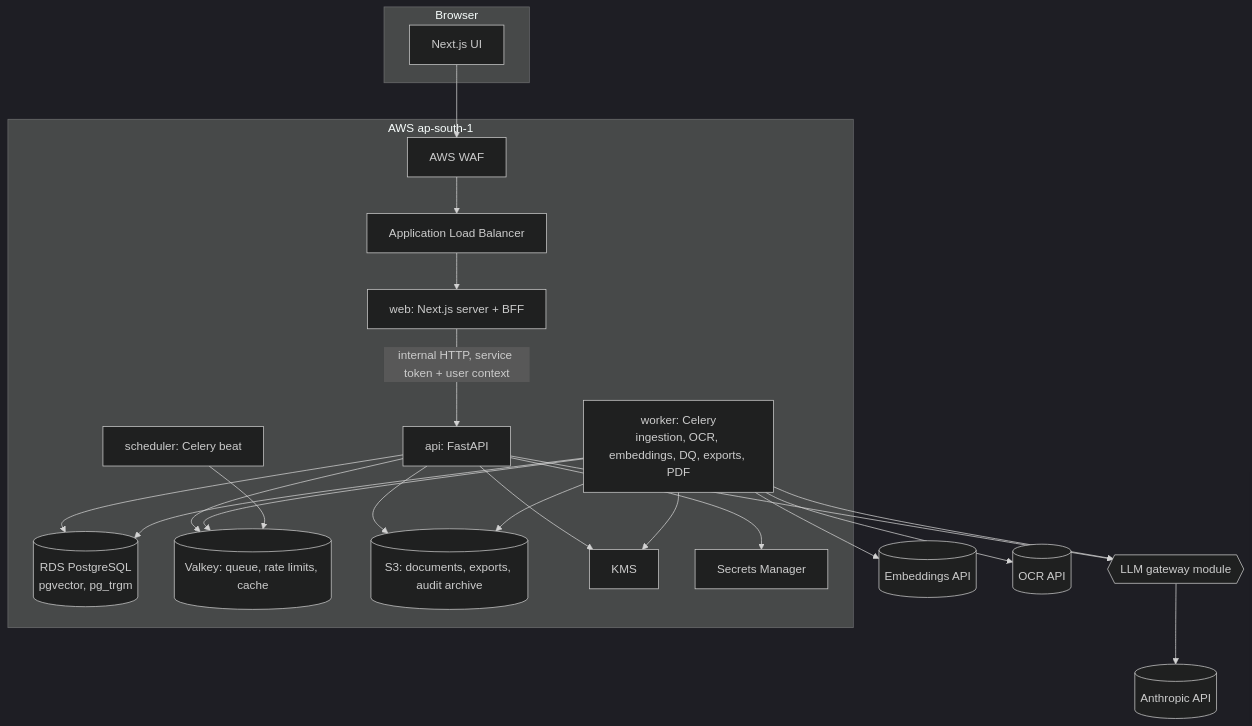
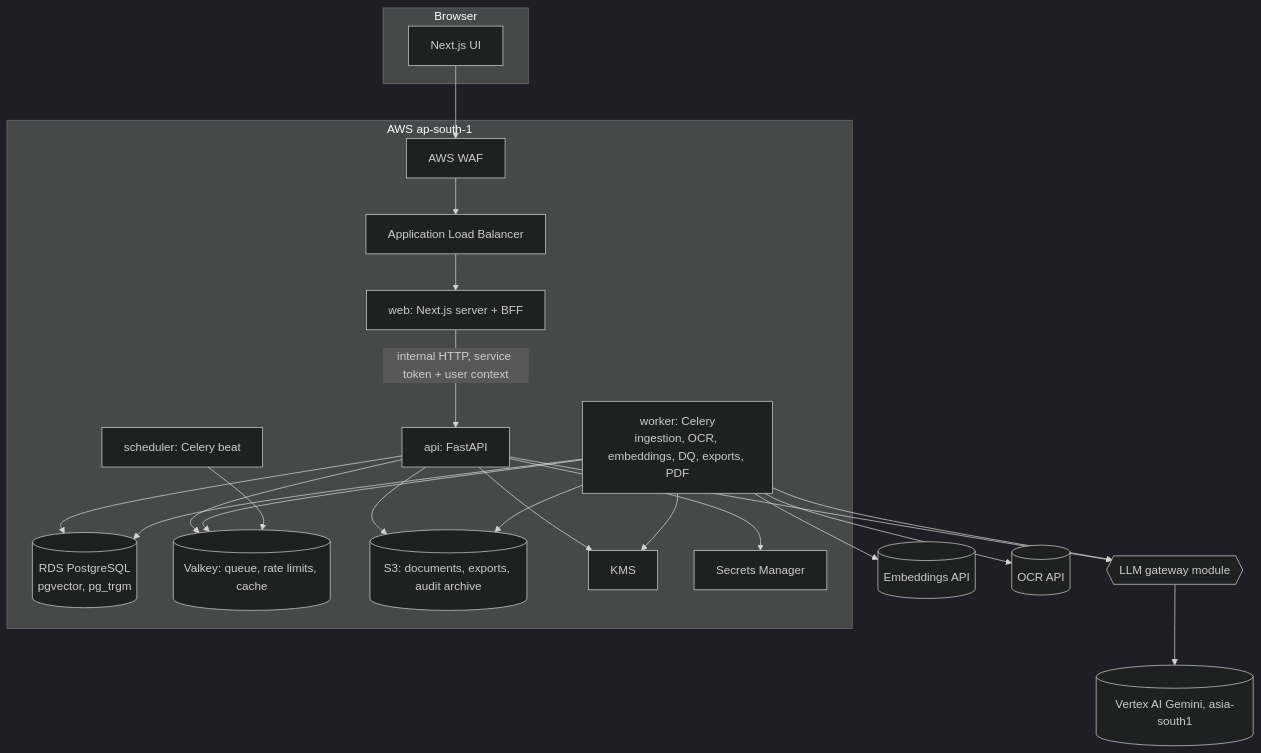
Before and after one commit to bb3agency/school-os: the second of 7 diagrams in docs/04-system-architecture.md, drawn with Mermaid (dark theme). The commit also changed other lines of this file and 13 other files, not shown here.

First line of the commit message:
docs(adr): ADR-0033 Gemini on Vertex AI for every LLM role; CLAUDE.md and docs updated

````diff
--- a/docs/04-system-architecture.md
+++ b/docs/04-system-architecture.md
@@ -41,27 +41,27 @@
 ```mermaid
 flowchart TB
   subgraph Browser
     ui[Next.js UI]
   end
   subgraph aws["AWS ap-south-1"]
     waf[AWS WAF] --> alb[Application Load Balancer]
     alb --> web[web: Next.js server + BFF]
     web -->|internal HTTP, service token + user context| api[api: FastAPI]
     api --> pg[(RDS PostgreSQL<br/>pgvector, pg_trgm)]
     api --> redis[(Valkey: queue, rate limits, cache)]
     api --> s3[(S3: documents, exports, audit archive)]
     worker[worker: Celery<br/>ingestion, OCR, embeddings, DQ, exports, PDF] --> pg
     worker --> redis
     worker --> s3
     beat[scheduler: Celery beat] --> redis
     api --> kms[KMS]
     worker --> kms
     api --> sm[Secrets Manager]
   end
   ui --> waf
   api --> gw{{LLM gateway module}}
   worker --> gw
-  gw --> llm[(Anthropic API)]
+  gw --> llm[(Vertex AI Gemini, asia-south1)]
   worker --> emb[(Embeddings API)]
   worker --> ocr[(OCR API)]
 ```
````
